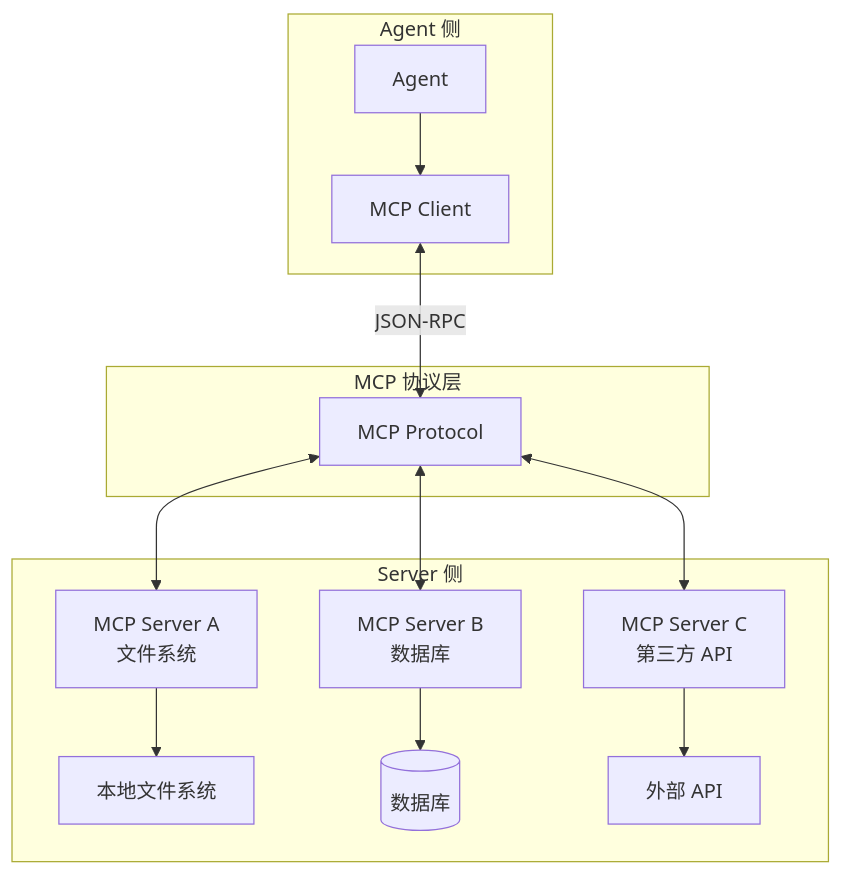
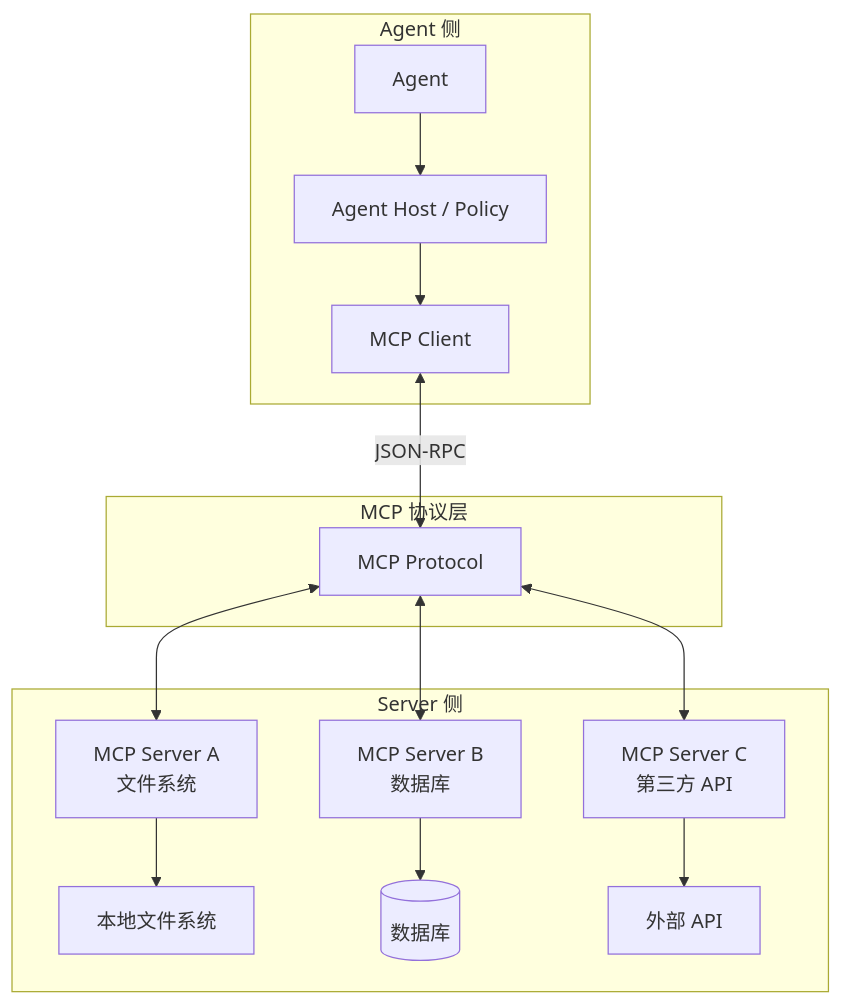
Before and after one commit to dollarser/modern-ai-agent-architecture: the first of 4 diagrams in docs/chapters/13-mcp/README.md, drawn with Mermaid. The commit also changed other lines of this file and 93 other files, not shown here.

First line of the commit message:
发布 1.1.0：更新书稿并修复 AgentHost 安全与恢复 (#6)

````diff
--- a/docs/chapters/13-mcp/README.md
+++ b/docs/chapters/13-mcp/README.md
@@ -96,19 +96,20 @@
 ```mermaid
 graph TD
     subgraph "Agent 侧"
-        Agent[Agent] --> MC[MCP Client]
+        Agent[Agent] --> Host[Agent Host / Policy]
+        Host --> MC[MCP Client]
     end
 
     subgraph "MCP 协议层"
         MC <-->|JSON-RPC| Protocol[MCP Protocol]
     end
 
     subgraph "Server 侧"
         Protocol <--> MS1[MCP Server A<br/>文件系统]
         Protocol <--> MS2[MCP Server B<br/>数据库]
         Protocol <--> MS3[MCP Server C<br/>第三方 API]
         MS1 --> FS[本地文件系统]
         MS2 --> DB[(数据库)]
         MS3 --> API[外部 API]
     end
 ```
````
